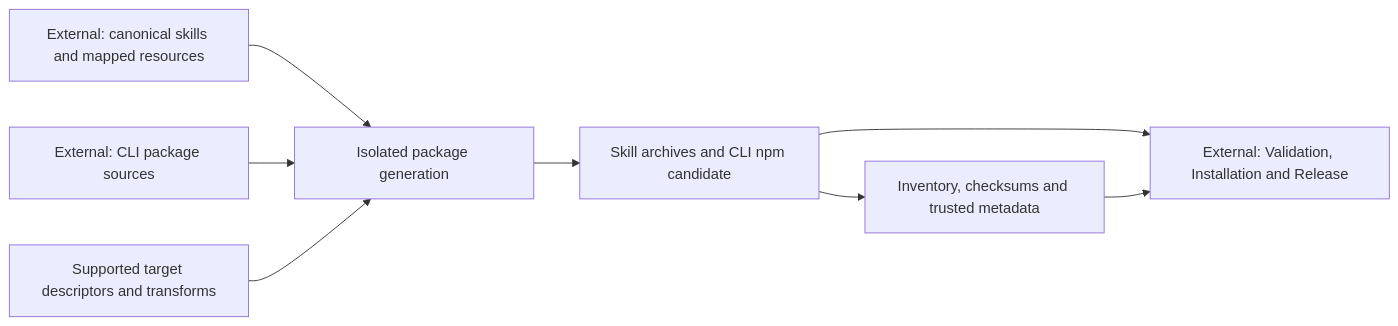
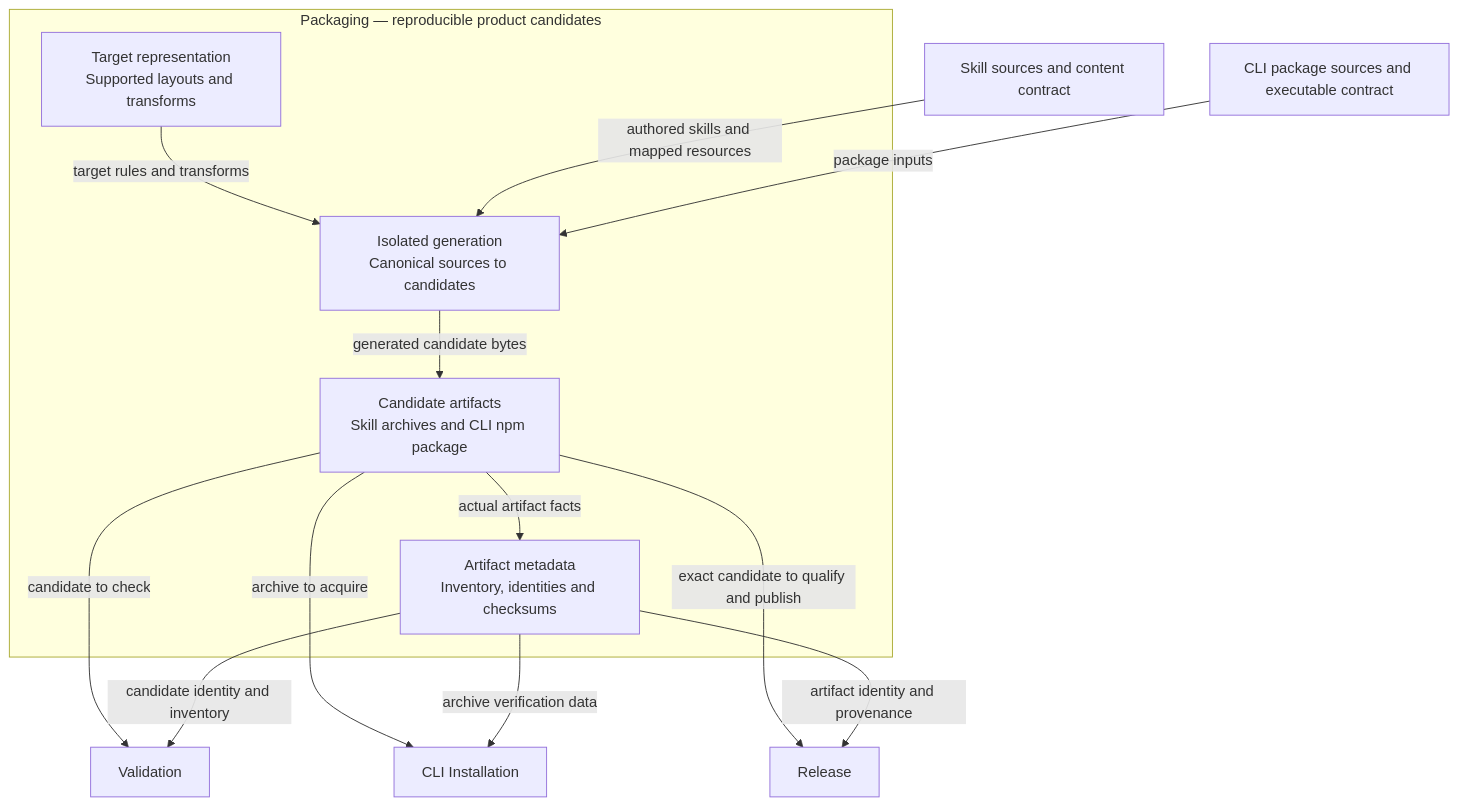
The diagram in docs/design/engineering/packaging.md (xiongxianfei/rigorloop), drawn with Mermaid before and after one commit. The commit also changed other lines of this file and 11 other files, not shown here.

Commit message:
design: clarify ownership in every architecture overview

````diff
--- a/docs/design/engineering/packaging.md
+++ b/docs/design/engineering/packaging.md
@@ -17,17 +17,22 @@
 ```mermaid
-flowchart LR
-    Skills["External: canonical skills and mapped resources"]
-    CLI["External: CLI package sources"]
-    Descriptors["Supported target descriptors and transforms"]
-    Generation["Isolated package generation"]
-    Artifacts["Skill archives and CLI npm candidate"]
-    Metadata["Inventory, checksums and trusted metadata"]
-    Consumers["External: Validation, Installation and Release"]
-    Skills --> Generation
-    CLI --> Generation
-    Descriptors --> Generation
-    Generation --> Artifacts
-    Artifacts --> Metadata
-    Artifacts --> Consumers
-    Metadata --> Consumers
+flowchart TB
+    Skills["Skill sources and content contract"]
+    CLI["CLI package sources and executable contract"]
+    subgraph Packaging["Packaging — reproducible product candidates"]
+        Descriptors["Target representation<br/>Supported layouts and transforms"]
+        Generation["Isolated generation<br/>Canonical sources to candidates"]
+        Artifacts["Candidate artifacts<br/>Skill archives and CLI npm package"]
+        Metadata["Artifact metadata<br/>Inventory, identities and checksums"]
+        Descriptors -->|"target rules and transforms"| Generation
+        Generation -->|"generated candidate bytes"| Artifacts
+        Artifacts -->|"actual artifact facts"| Metadata
+    end
+    Skills -->|"authored skills and mapped resources"| Generation
+    CLI -->|"package inputs"| Generation
+    Artifacts -->|"candidate to check"| Validation["Validation"]
+    Metadata -->|"candidate identity and inventory"| Validation
+    Artifacts -->|"archive to acquire"| Installation["CLI Installation"]
+    Metadata -->|"archive verification data"| Installation
+    Artifacts -->|"exact candidate to qualify and publish"| Release["Release"]
+    Metadata -->|"artifact identity and provenance"| Release
 ```
````
